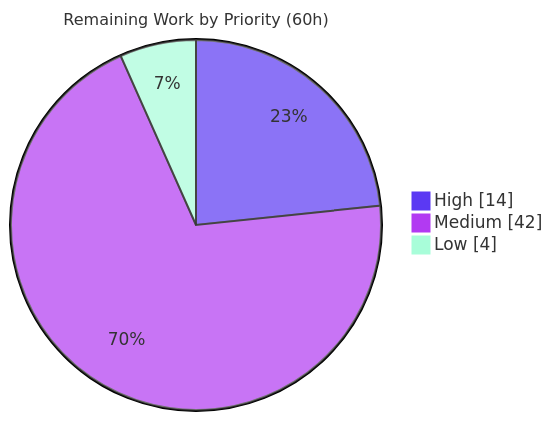
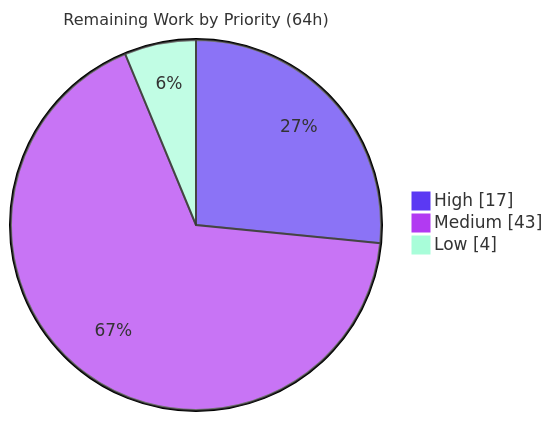
One commit to blitzy-public-samples/ecommerce-shop changed the third of 3 diagrams in blitzy/documentation/Project Guide.md. Above: the diagram before and after it, drawn with Mermaid. The commit also changed other lines of this file, not shown here.

Commit message:
Adding Blitzy Project Guide: Project Status and Human Tasks Remaining

````diff
--- a/blitzy/documentation/Project Guide.md
+++ b/blitzy/documentation/Project Guide.md
@@ -239,7 +246,7 @@
 ```mermaid
 %%{init: {'theme':'base', 'themeVariables': {'pie1':'#5B39F3','pie2':'#B23AF2','pie3':'#A8FDD9','pieStrokeColor':'#333','pieTitleTextSize':'16px'}}}%%
-pie showData title Remaining Work by Priority (60h)
-    "High" : 14
-    "Medium" : 42
+pie showData title Remaining Work by Priority (64h)
+    "High" : 17
+    "Medium" : 43
     "Low" : 4
 ```
````
